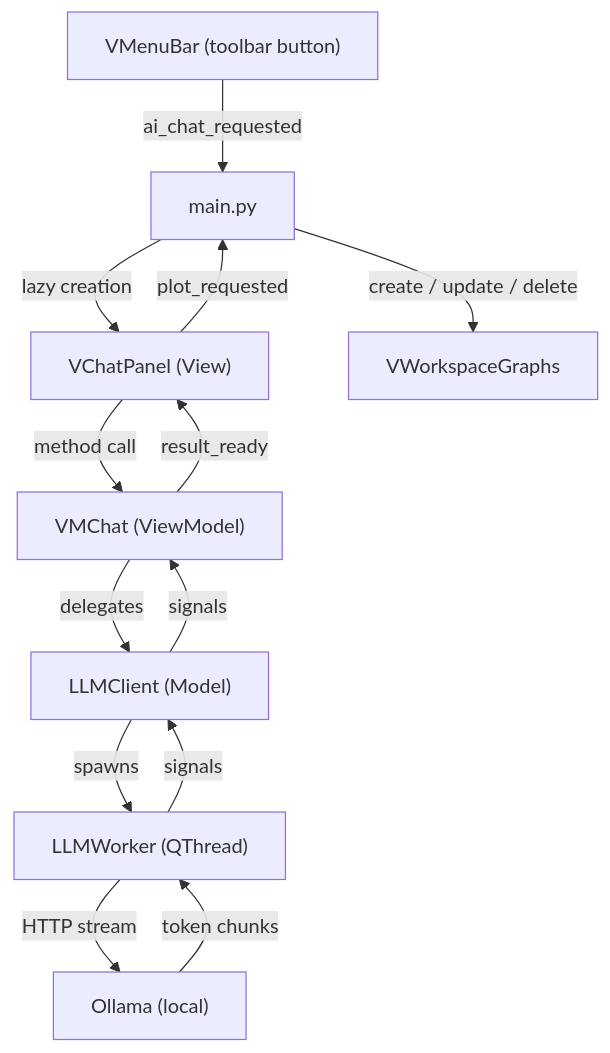
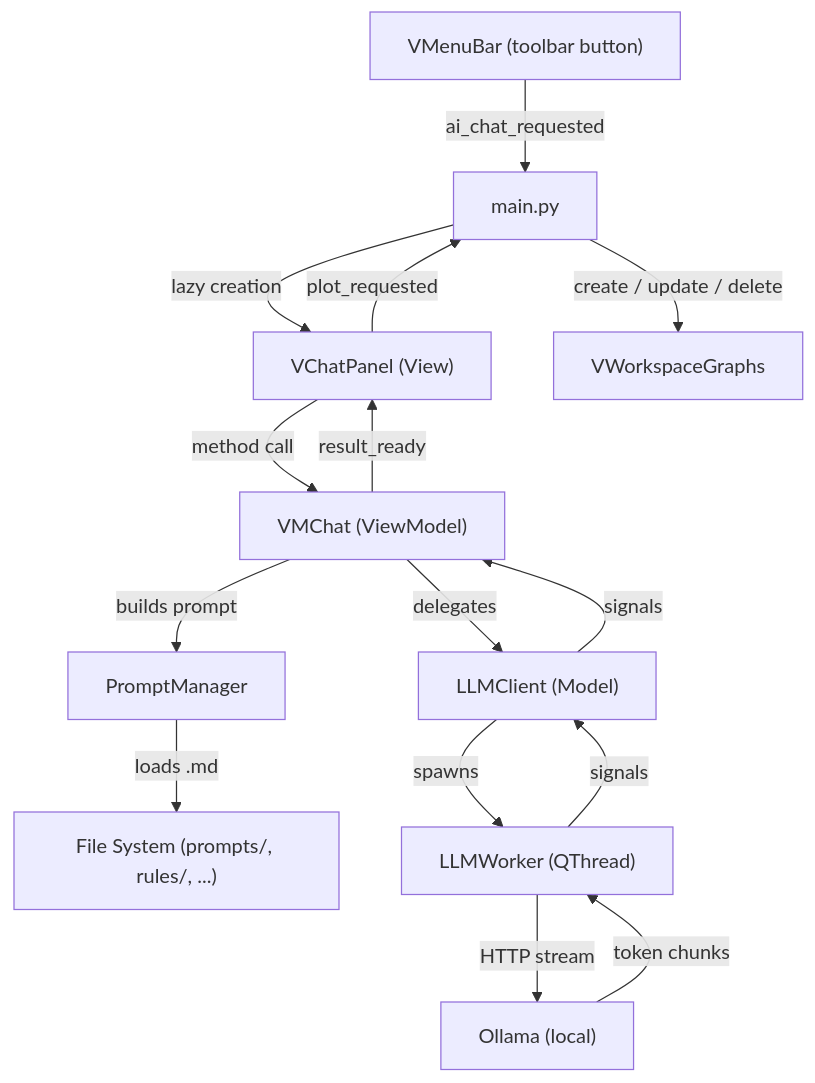
Before and after one commit to CEA-MetroCarac/SPECTROview: the first of 2 diagrams in docs/developer/ai_agent.md, drawn with Mermaid. The commit also changed other lines of this file, not shown here.

````diff
--- a/docs/developer/ai_agent.md
+++ b/docs/developer/ai_agent.md
@@ -66,15 +66,17 @@
 ```mermaid
 graph TD
     TB["VMenuBar (toolbar button)"] -->|"ai_chat_requested"| Main["main.py"]
     Main -->|"lazy creation"| VCP["VChatPanel (View)"]
     VCP -->|"method call"| VMC["VMChat (ViewModel)"]
     VMC -->|"delegates"| LLC["LLMClient (Model)"]
+    VMC -->|"builds prompt"| PM["PromptManager"]
+    PM -->|"loads .md"| FS["File System (prompts/, rules/, ...)"]
     LLC -->|"spawns"| LLW["LLMWorker (QThread)"]
     LLW -->|"HTTP stream"| OLL["Ollama (local)"]
     OLL -->|"token chunks"| LLW
     LLW -->|"signals"| LLC
     LLC -->|"signals"| VMC
     VMC -->|"result_ready"| VCP
     VCP -->|"plot_requested"| Main
     Main -->|"create / update / delete"| VWG["VWorkspaceGraphs"]
 ```
````
